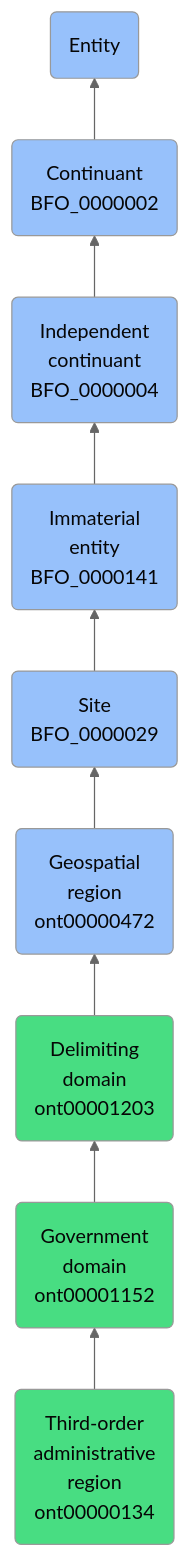
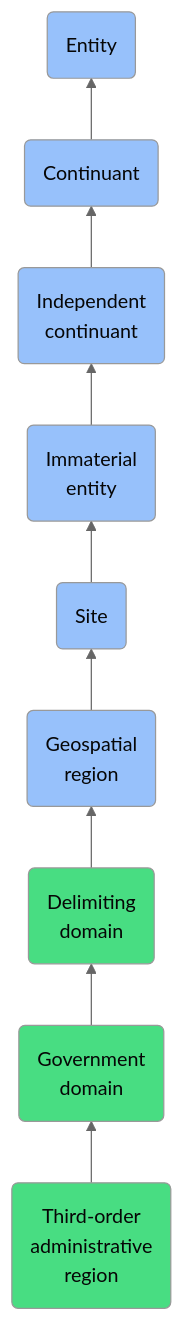
The diagram in docs/ontology/reference/model/Entity/Continuant/Independent continuant/Immaterial entity/Site/Geospatial region/Delimiting domain/Government domain/Third-order administrative region/Third-order administrative region.md (jupyter-naas/abi), drawn with Mermaid (neutral theme) before and after one commit. The commit also changed other lines of this file and 1430 other files, not shown here.

````diff
--- a/docs/ontology/reference/model/Entity/Continuant/Independent continuant/Immaterial entity/Site/Geospatial region/Delimiting domain/Government domain/Third-order administrative region/Third-order administrative region.md
+++ b/docs/ontology/reference/model/Entity/Continuant/Independent continuant/Immaterial entity/Site/Geospatial region/Delimiting domain/Government domain/Third-order administrative region/Third-order administrative region.md
@@ -24,16 +24,16 @@
 ```mermaid
 graph BT
-    ont00000134(Third-order<br>administrative<br>region<br>ont00000134):::ABI-->ont00001152
-    ont00001152(Government<br>domain<br>ont00001152):::ABI-->ont00001203
-    ont00001203(Delimiting<br>domain<br>ont00001203):::ABI-->ont00000472
-    ont00000472(Geospatial<br>region<br>ont00000472):::BFO-->BFO_0000029
-    BFO_0000029(Site<br>BFO_0000029):::BFO-->BFO_0000141
-    BFO_0000141(Immaterial<br>entity<br>BFO_0000141):::BFO-->BFO_0000004
-    BFO_0000004(Independent<br>continuant<br>BFO_0000004):::BFO-->BFO_0000002
-    BFO_0000002(Continuant<br>BFO_0000002):::BFO-->BFO_0000001
+    ont00000134(Third-order<br>administrative<br>region):::ABI-->ont00001152
+    ont00001152(Government<br>domain):::ABI-->ont00001203
+    ont00001203(Delimiting<br>domain):::ABI-->ont00000472
+    ont00000472(Geospatial<br>region):::BFO-->BFO_0000029
+    BFO_0000029(Site):::BFO-->BFO_0000141
+    BFO_0000141(Immaterial<br>entity):::BFO-->BFO_0000004
+    BFO_0000004(Independent<br>continuant):::BFO-->BFO_0000002
+    BFO_0000002(Continuant):::BFO-->BFO_0000001
     BFO_0000001(Entity):::BFO
     
     classDef BFO fill:#97c1fb,color:#060606
     classDef CCO fill:#e4c51e,color:#060606
     classDef ABI fill:#48DD82,color:#060606
 ```
````
